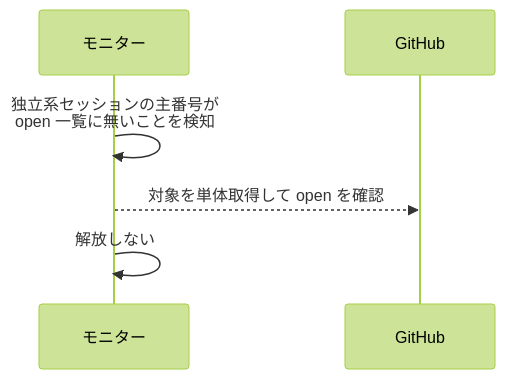
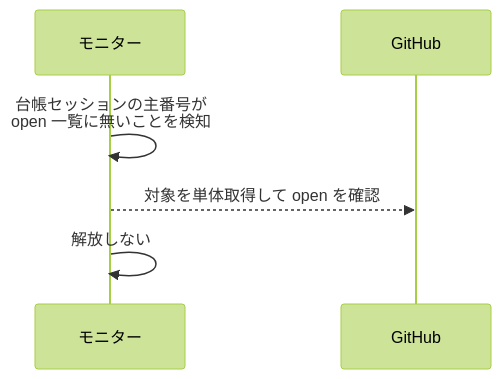
The second of 3 diagrams in docs/wiki/設計図/インターフェース定義/バックエンド/個別解放.py.md (shuhei1101/ai-monitor), drawn with Mermaid (forest theme) before and after one commit. The commit also changed other lines of this file and 10 other files, not shown here.

````diff
--- a/docs/wiki/設計図/インターフェース定義/バックエンド/個別解放.py.md
+++ b/docs/wiki/設計図/インターフェース定義/バックエンド/個別解放.py.md
@@ -69,9 +76,9 @@
 ```mermaid
 sequenceDiagram
   participant MON as モニター
   participant GH as GitHub
 
-  MON->>MON: 独立系セッションの主番号が<br>open 一覧に無いことを検知
+  MON->>MON: 台帳セッションの主番号が<br>open 一覧に無いことを検知
   MON-->>GH: 対象を単体取得して open を確認
   MON->>MON: 解放しない
 ```
````
